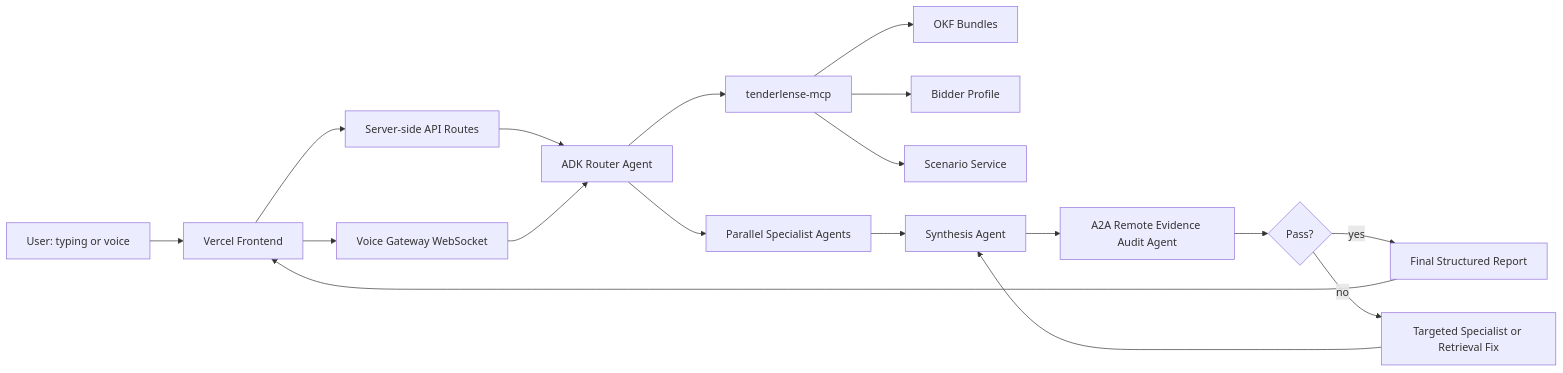
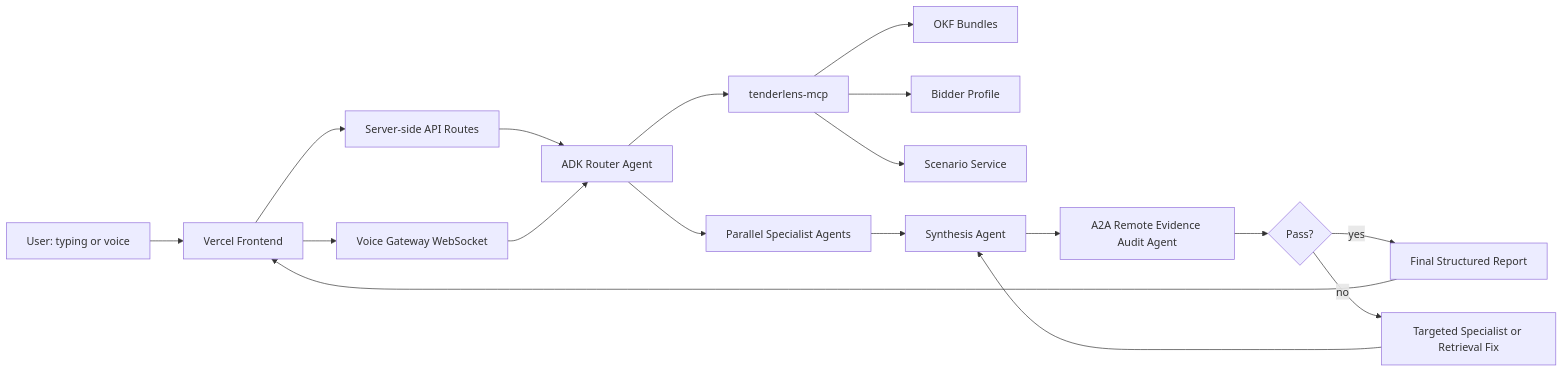
Before and after one commit to syedzish/tenderlens-agentic-ai: the first of 2 diagrams in docs/ARCHITECTURE.md, drawn with Mermaid. The commit also changed other lines of this file and 44 other files, not shown here.

````diff
--- a/docs/ARCHITECTURE.md
+++ b/docs/ARCHITECTURE.md
@@ -7,20 +7,20 @@
 ```mermaid
 flowchart LR
   User["User: typing or voice"] --> FE["Vercel Frontend"]
   FE --> API["Server-side API Routes"]
   FE --> VG["Voice Gateway WebSocket"]
   API --> Router["ADK Router Agent"]
   VG --> Router
-  Router --> MCP["tenderlense-mcp"]
+  Router --> MCP["tenderlens-mcp"]
   MCP --> OKF["OKF Bundles"]
   MCP --> Profile["Bidder Profile"]
   MCP --> Scenario["Scenario Service"]
   Router --> Parallel["Parallel Specialist Agents"]
   Parallel --> Synth["Synthesis Agent"]
   Synth --> A2A["A2A Remote Evidence Audit Agent"]
   A2A --> Loop{"Pass?"}
   Loop -- yes --> Report["Final Structured Report"]
   Loop -- no --> Fix["Targeted Specialist or Retrieval Fix"]
   Fix --> Synth
   Report --> FE
 ```
````
